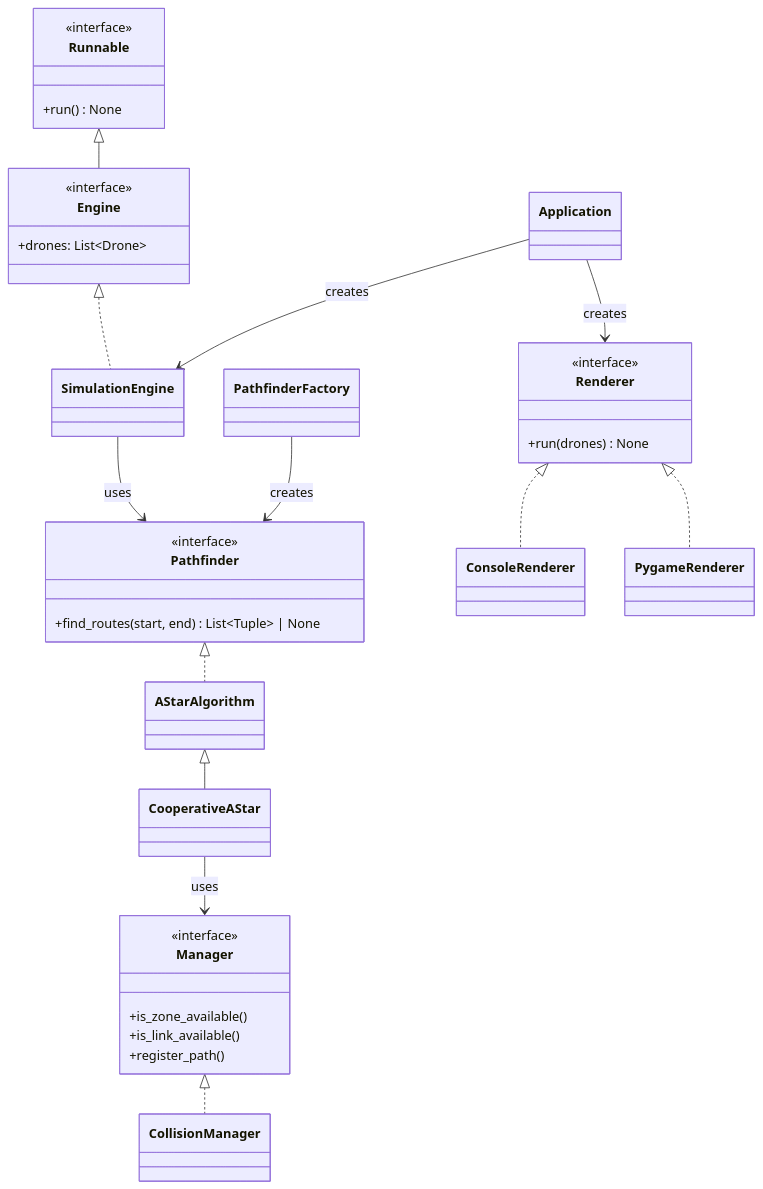
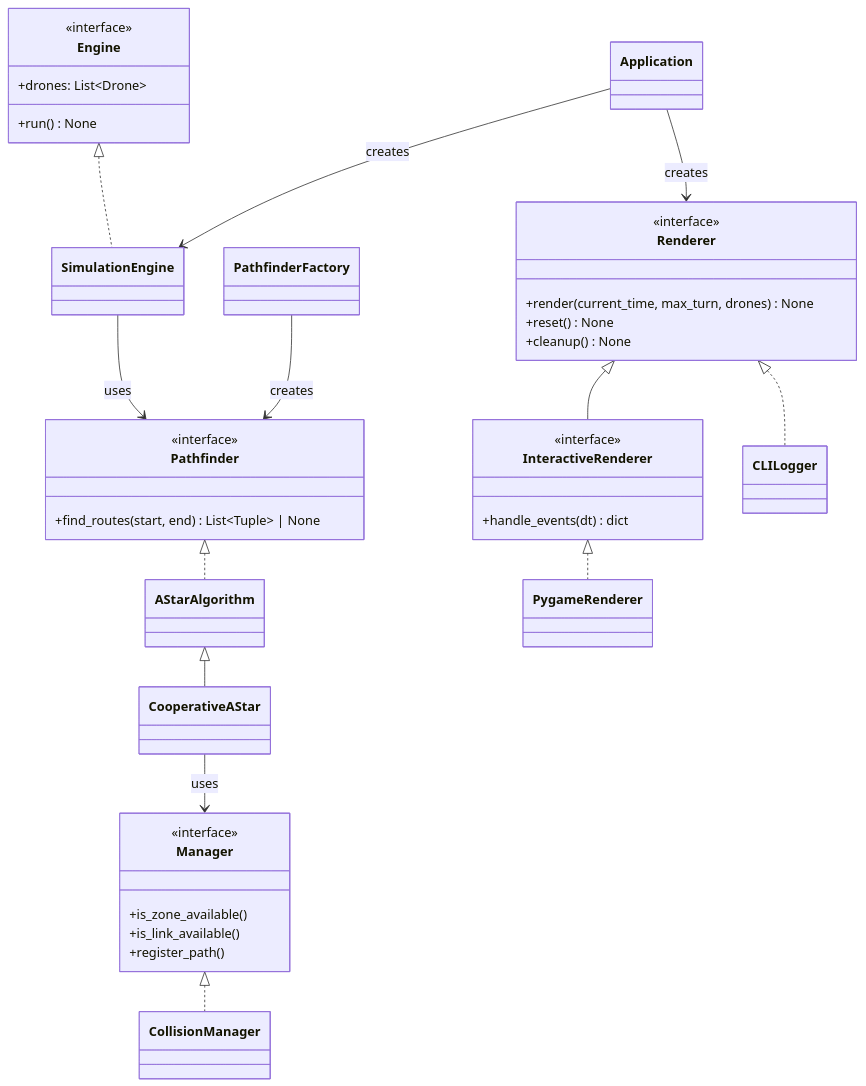
The first of 3 diagrams in README.md (creerghost/fly-in), drawn with Mermaid before and after one commit. The commit also changed other lines of this file and 1 other file, not shown here.

Commit message:
docs: readme fix

````diff
--- a/README.md
+++ b/README.md
@@ -111,39 +110,42 @@
 ```mermaid
 classDiagram
-    class Runnable {
+    class Engine {
         <<interface>>
         +run() None
-    }
-    class Engine {
-        <<interface>>
         +drones: List~Drone~
     }
     class Pathfinder {
         <<interface>>
         +find_routes(start, end) List~Tuple~ | None
     }
     class Renderer {
         <<interface>>
-        +run(drones) None
+        +render(current_time, max_turn, drones) None
+        +reset() None
+        +cleanup() None
+    }
+    class InteractiveRenderer {
+        <<interface>>
+        +handle_events(dt) dict
     }
     class Manager {
         <<interface>>
         +is_zone_available()
         +is_link_available()
         +register_path()
     }
 
-    Runnable <|-- Engine
     Engine <|.. SimulationEngine
     Pathfinder <|.. AStarAlgorithm
     AStarAlgorithm <|-- CooperativeAStar
     Manager <|.. CollisionManager
-    Renderer <|.. ConsoleRenderer
-    Renderer <|.. PygameRenderer
+    Renderer <|-- InteractiveRenderer
+    Renderer <|.. CLILogger
+    InteractiveRenderer <|.. PygameRenderer
 
     SimulationEngine --> Pathfinder : uses
     CooperativeAStar --> Manager : uses
     Application --> SimulationEngine : creates
     Application --> Renderer : creates
     PathfinderFactory --> Pathfinder : creates
 ```
````
